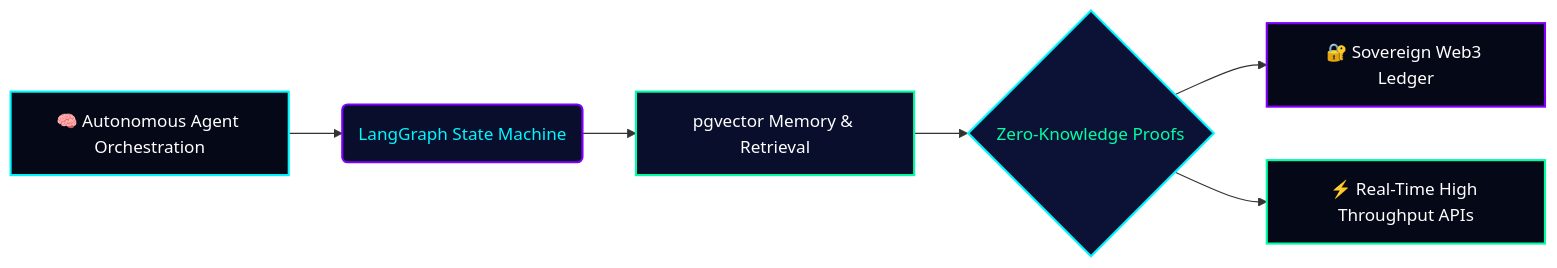
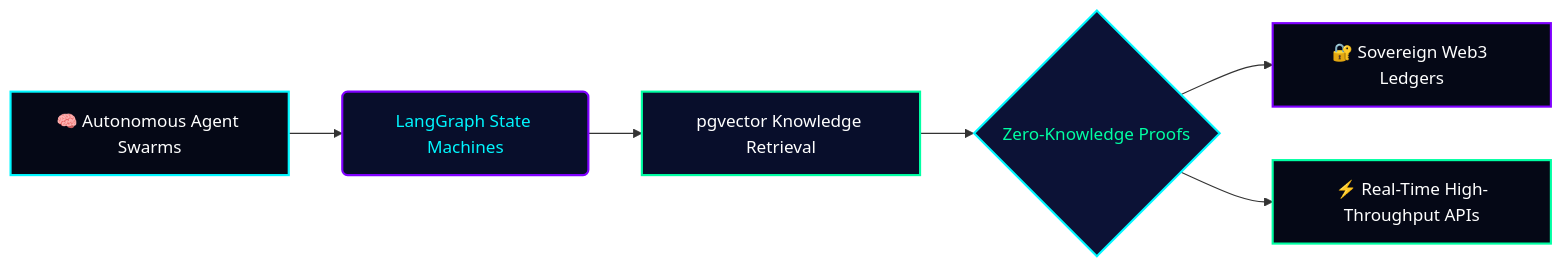
One commit to Durvankur-Joshi/Durvankur-Joshi changed the diagram in README.md. Above: the diagram before and after it, drawn with Mermaid. The commit also changed other lines of this file and 1 other file, not shown here.

````diff
--- a/README.md
+++ b/README.md
@@ -215,15 +102,15 @@
 ```mermaid
 graph LR
-    A[🧠 Autonomous Agent Orchestration] --> B(LangGraph State Machine)
-    B --> C[pgvector Memory & Retrieval]
+    A[🧠 Autonomous Agent Swarms] --> B(LangGraph State Machines)
+    B --> C[pgvector Knowledge Retrieval]
     C --> D{Zero-Knowledge Proofs}
-    D --> E[🔐 Sovereign Web3 Ledger]
-    D --> F[⚡ Real-Time High Throughput APIs]
+    D --> E[🔐 Sovereign Web3 Ledgers]
+    D --> F[⚡ Real-Time High-Throughput APIs]
     
     style A fill:#050816,stroke:#00F7FF,stroke-width:2px,color:#FFFFFF
     style B fill:#080e2b,stroke:#7F00FF,stroke-width:2px,color:#00F7FF
     style C fill:#080e2b,stroke:#00FFA3,stroke-width:2px,color:#FFFFFF
     style D fill:#0c1236,stroke:#00F7FF,stroke-width:2px,color:#00FFA3
     style E fill:#050816,stroke:#7F00FF,stroke-width:2px,color:#FFFFFF
     style F fill:#050816,stroke:#00FFA3,stroke-width:2px,color:#FFFFFF
 ```
````
